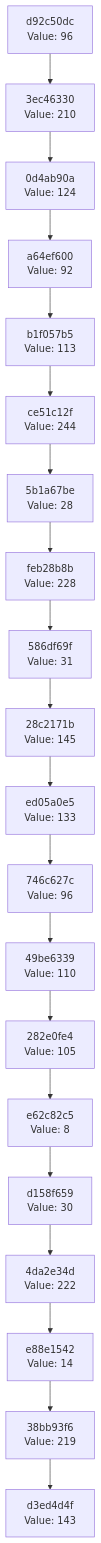
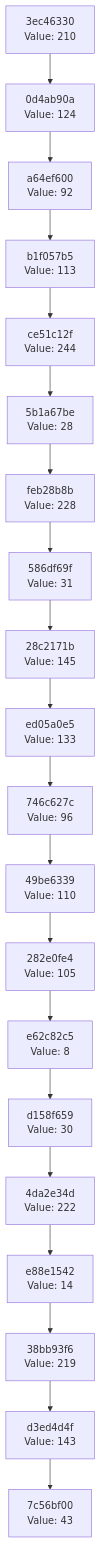
Before and after one commit to Abhisheksinha1506/hash-chain-evolver: the diagram in docs/CHAIN_VISUALIZATION.md, drawn with Mermaid. The commit also changed 2 other files, not shown here.

Commit message:
Evolution Step

````diff
--- a/docs/CHAIN_VISUALIZATION.md
+++ b/docs/CHAIN_VISUALIZATION.md
@@ -3,42 +3,42 @@
 ```mermaid
 graph TD
-    C0["d3ed4d4f<br/>Value: 143"]
-    C1["38bb93f6<br/>Value: 219"]
+    C0["7c56bf00<br/>Value: 43"]
+    C1["d3ed4d4f<br/>Value: 143"]
     C1 --> C0
-    C2["e88e1542<br/>Value: 14"]
+    C2["38bb93f6<br/>Value: 219"]
     C2 --> C1
-    C3["4da2e34d<br/>Value: 222"]
+    C3["e88e1542<br/>Value: 14"]
     C3 --> C2
-    C4["d158f659<br/>Value: 30"]
+    C4["4da2e34d<br/>Value: 222"]
     C4 --> C3
-    C5["e62c82c5<br/>Value: 8"]
+    C5["d158f659<br/>Value: 30"]
     C5 --> C4
-    C6["282e0fe4<br/>Value: 105"]
+    C6["e62c82c5<br/>Value: 8"]
     C6 --> C5
-    C7["49be6339<br/>Value: 110"]
+    C7["282e0fe4<br/>Value: 105"]
     C7 --> C6
-    C8["746c627c<br/>Value: 96"]
+    C8["49be6339<br/>Value: 110"]
     C8 --> C7
-    C9["ed05a0e5<br/>Value: 133"]
+    C9["746c627c<br/>Value: 96"]
     C9 --> C8
-    C10["28c2171b<br/>Value: 145"]
+    C10["ed05a0e5<br/>Value: 133"]
     C10 --> C9
-    C11["586df69f<br/>Value: 31"]
+    C11["28c2171b<br/>Value: 145"]
     C11 --> C10
-    C12["feb28b8b<br/>Value: 228"]
+    C12["586df69f<br/>Value: 31"]
     C12 --> C11
-    C13["5b1a67be<br/>Value: 28"]
+    C13["feb28b8b<br/>Value: 228"]
     C13 --> C12
-    C14["ce51c12f<br/>Value: 244"]
+    C14["5b1a67be<br/>Value: 28"]
     C14 --> C13
-    C15["b1f057b5<br/>Value: 113"]
+    C15["ce51c12f<br/>Value: 244"]
     C15 --> C14
-    C16["a64ef600<br/>Value: 92"]
+    C16["b1f057b5<br/>Value: 113"]
     C16 --> C15
-    C17["0d4ab90a<br/>Value: 124"]
+    C17["a64ef600<br/>Value: 92"]
     C17 --> C16
-    C18["3ec46330<br/>Value: 210"]
+    C18["0d4ab90a<br/>Value: 124"]
     C18 --> C17
-    C19["d92c50dc<br/>Value: 96"]
+    C19["3ec46330<br/>Value: 210"]
     C19 --> C18
 ```
````
